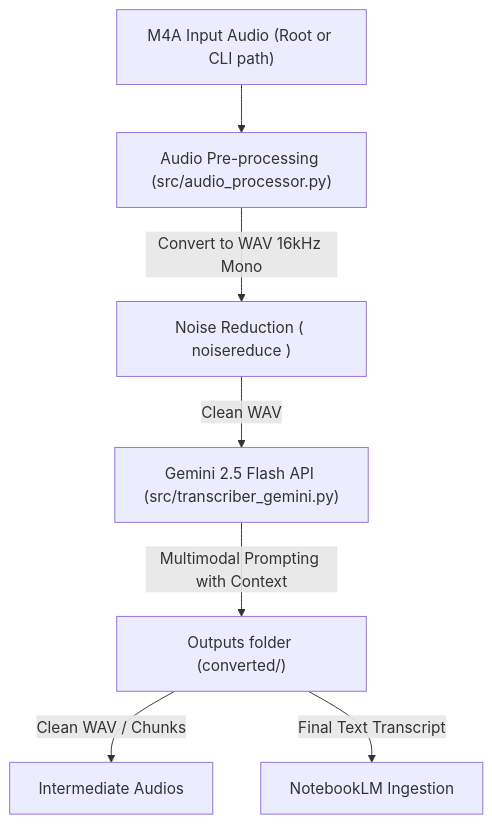
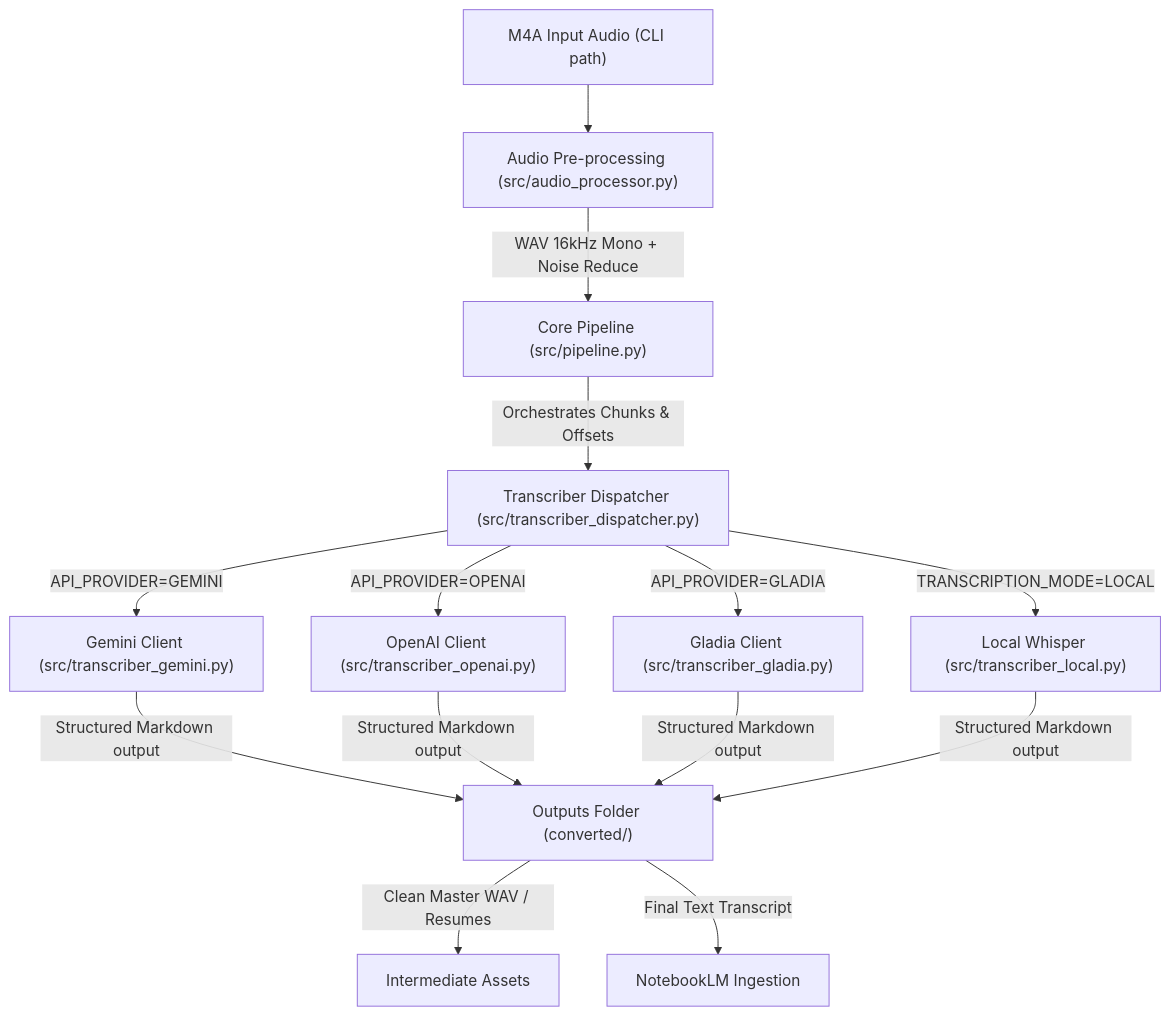
One commit to paduladiego/ScribePy changed the diagram in infrastructure.md. Above: the diagram before and after it, drawn with Mermaid. The commit also changed other lines of this file and 21 other files, not shown here.

````diff
--- a/infrastructure.md
+++ b/infrastructure.md
@@ -9,9 +9,15 @@
 ```mermaid
 graph TD
-    A["M4A Input Audio (Root or CLI path)"] --> B["Audio Pre-processing (src/audio_processor.py)"]
-    B -->|Convert to WAV 16kHz Mono| C["Noise Reduction ( noisereduce )"]
-    C -->|Clean WAV| D["Gemini 2.5 Flash API (src/transcriber_gemini.py)"]
-    D -->|Multimodal Prompting with Context| E["Outputs folder (converted/)"]
-    E -->|Clean WAV / Chunks| F["Intermediate Audios"]
-    E -->|Final Text Transcript| G["NotebookLM Ingestion"]
+    A["M4A Input Audio (CLI path)"] --> B["Audio Pre-processing (src/audio_processor.py)"]
+    B -->|WAV 16kHz Mono + Noise Reduce| C["Core Pipeline (src/pipeline.py)"]
+    C -->|Orchestrates Chunks & Offsets| D["Transcriber Dispatcher (src/transcriber_dispatcher.py)"]
+    
+    D -->|API_PROVIDER=GEMINI| E1["Gemini Client (src/transcriber_gemini.py)"]
+    D -->|API_PROVIDER=OPENAI| E2["OpenAI Client (src/transcriber_openai.py)"]
+    D -->|API_PROVIDER=GLADIA| E3["Gladia Client (src/transcriber_gladia.py)"]
+    D -->|TRANSCRIPTION_MODE=LOCAL| E4["Local Whisper (src/transcriber_local.py)"]
+    
+    E1 & E2 & E3 & E4 -->|Structured Markdown output| F["Outputs Folder (converted/)"]
+    F -->|Clean Master WAV / Resumes| G["Intermediate Assets"]
+    F -->|Final Text Transcript| H["NotebookLM Ingestion"]
 ```
````
